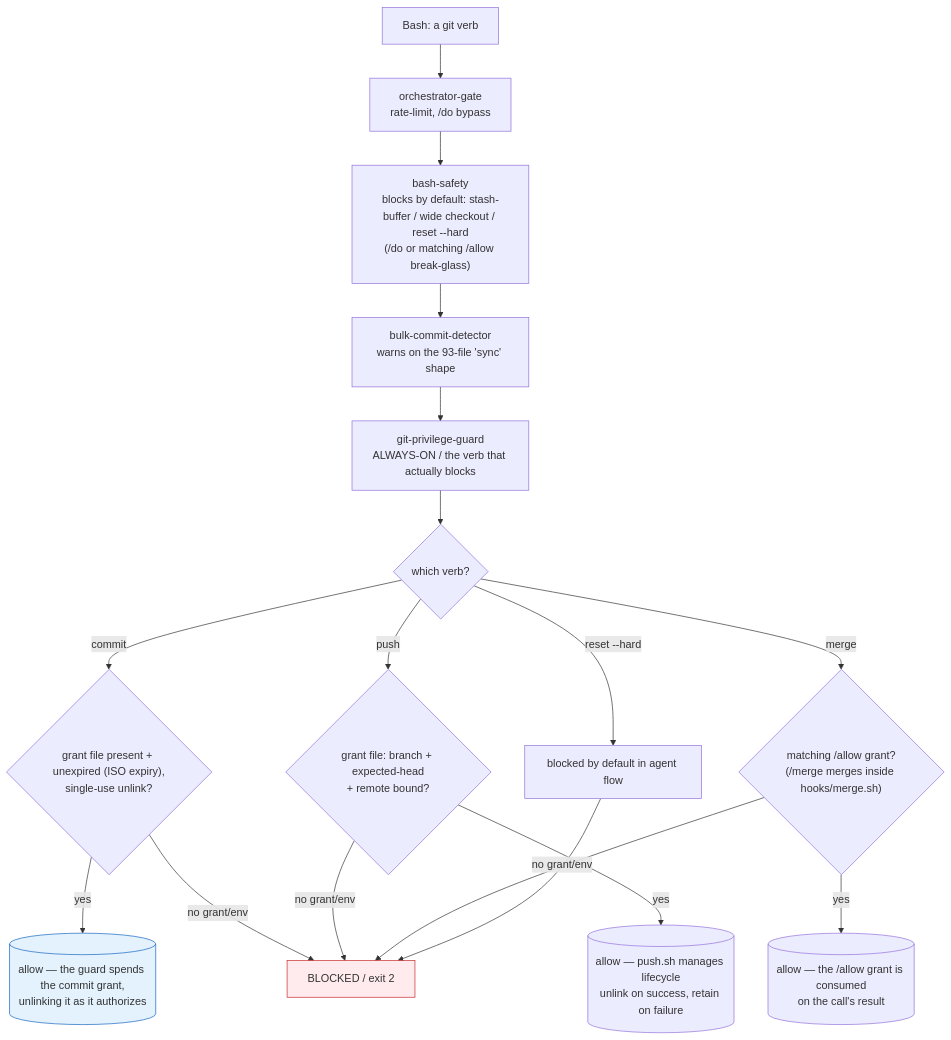
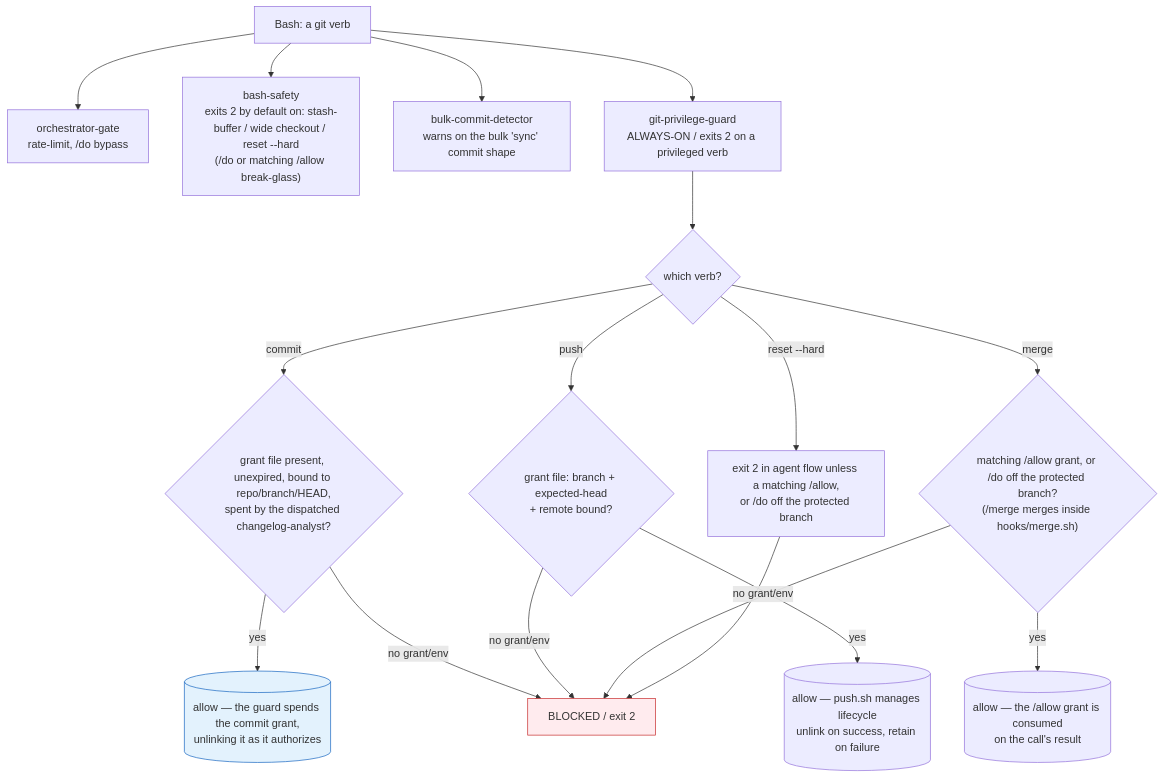
Before and after one commit to Yugoge/awesome-claude-harness: the diagram in docs/git-protection-kernel.md, drawn with Mermaid. The commit also changed other lines of this file and 3 other files, not shown here.

````diff
--- a/docs/git-protection-kernel.md
+++ b/docs/git-protection-kernel.md
@@ -17,24 +19,24 @@
 ```mermaid
 flowchart TD
     B[Bash: a git verb] --> H1[orchestrator-gate<br/>rate-limit, /do bypass]
-    H1 --> H2["bash-safety<br/>blocks by default: stash-buffer / wide checkout / reset --hard<br/>(/do or matching /allow break-glass)"]
-    H2 --> H3[bulk-commit-detector<br/>warns on the 93-file 'sync' shape]
-    H3 --> H4[git-privilege-guard<br/>ALWAYS-ON / the verb that actually blocks]
+    B --> H2["bash-safety<br/>exits 2 by default on: stash-buffer / wide checkout / reset --hard<br/>(/do or matching /allow break-glass)"]
+    B --> H3[bulk-commit-detector<br/>warns on the bulk 'sync' commit shape]
+    B --> H4[git-privilege-guard<br/>ALWAYS-ON / exits 2 on a privileged verb]
 
     H4 --> C{which verb?}
-    C -->|commit| G1{"grant file present + unexpired (ISO expiry),<br/>single-use unlink?"}
+    C -->|commit| G1{"grant file present, unexpired, bound to repo/branch/HEAD,<br/>spent by the dispatched changelog-analyst?"}
     C -->|push| G2{grant file: branch + expected-head<br/>+ remote bound?}
-    C -->|merge| G3{"matching /allow grant?<br/>(/merge merges inside hooks/merge.sh)"}
-    C -->|reset --hard| G4[blocked by default in agent flow]
+    C -->|merge| G3{"matching /allow grant, or /do off the protected branch?<br/>(/merge merges inside hooks/merge.sh)"}
+    C -->|reset --hard| G4["exit 2 in agent flow unless a matching /allow,<br/>or /do off the protected branch"]
 
     G1 -->|yes| OK[(allow — the guard spends the commit grant,<br/>unlinking it as it authorizes)]
     G2 -->|yes| OK2[(allow — push.sh manages lifecycle<br/>unlink on success, retain on failure)]
     G3 -->|yes| OK3[(allow — the /allow grant is consumed<br/>on the call's result)]
     G1 & G2 & G3 -->|no grant/env| NO[BLOCKED / exit 2]
     G4 --> NO
 
     classDef block fill:#ffebee,stroke:#c62828
     classDef ok fill:#e3f2fd,stroke:#1565c0
     class NO block
     class OK ok
 ```
````
